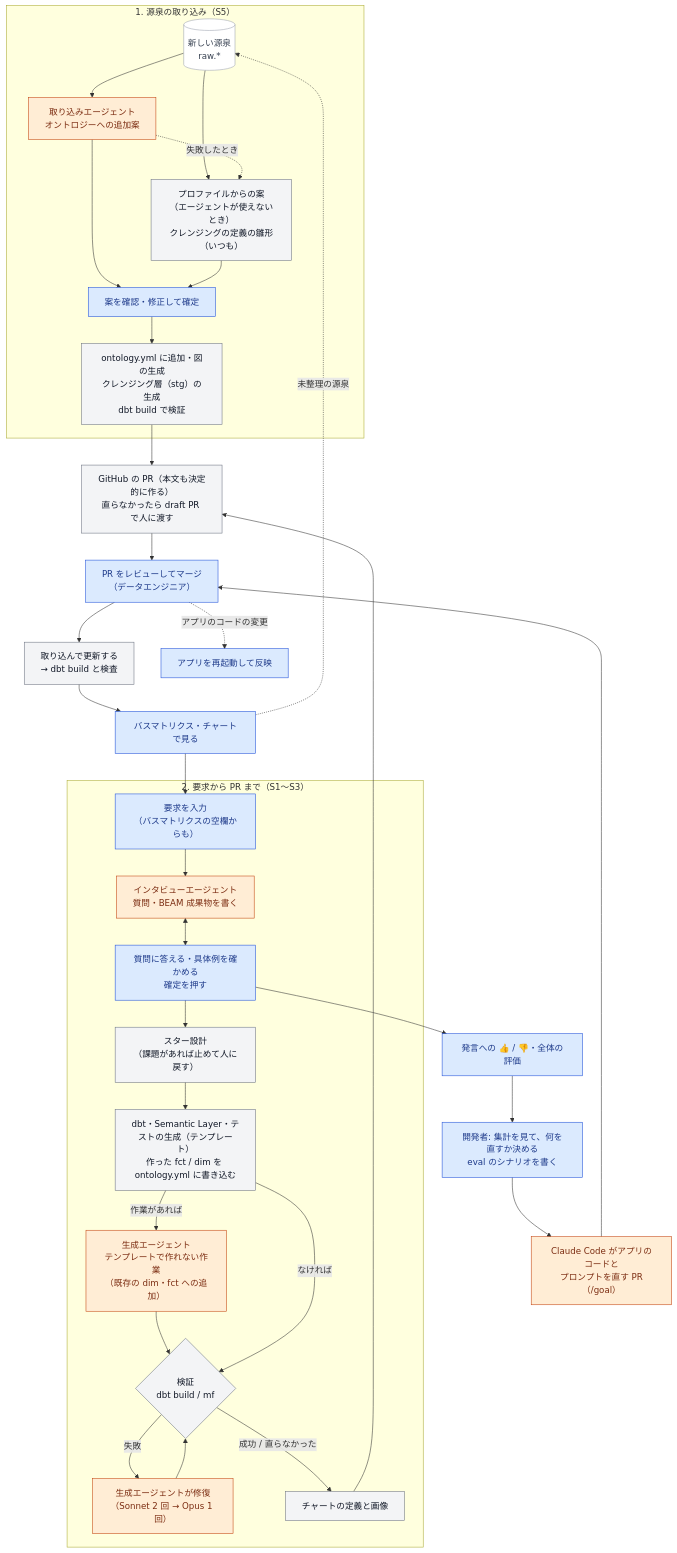
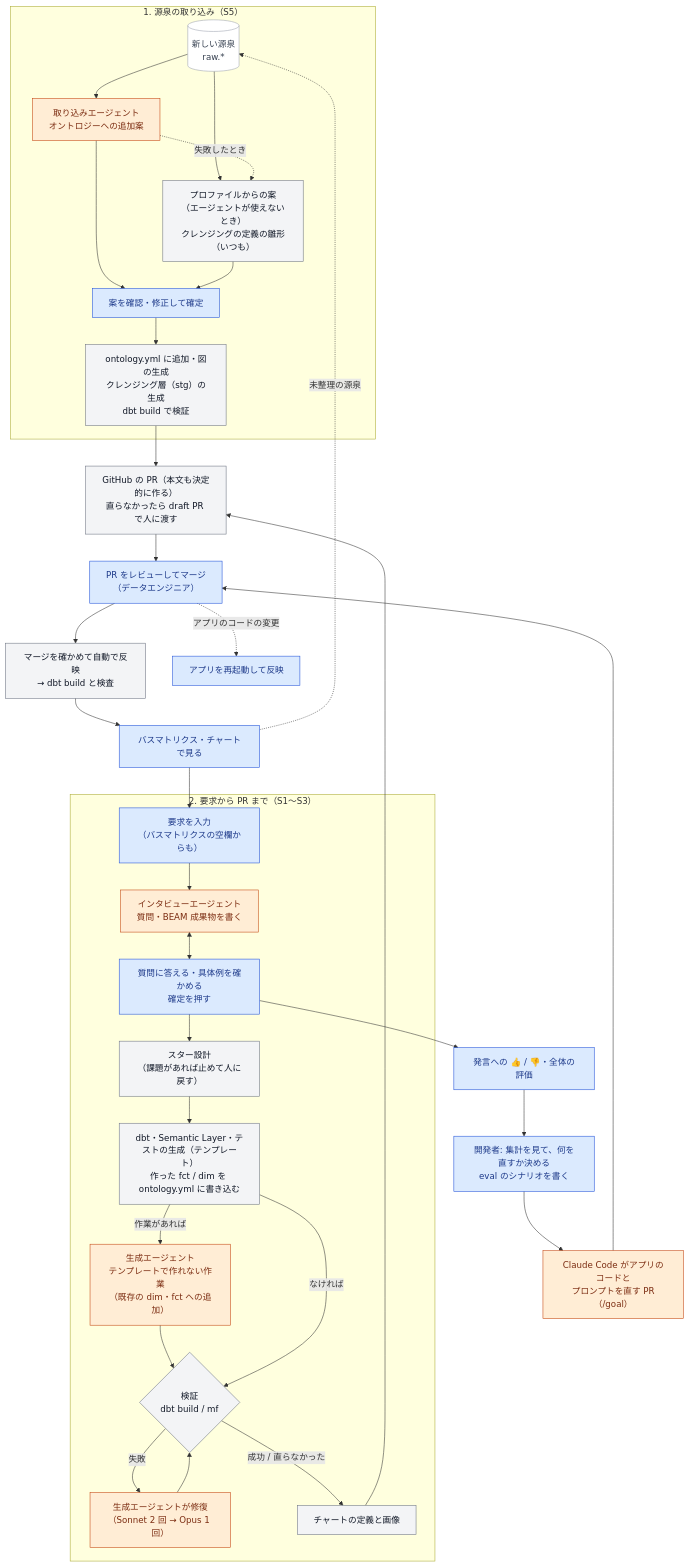
One commit to daikono313/agentic-data-platform changed the first of 2 diagrams in docs/design-doc.md. Above: the diagram before and after it, drawn with Mermaid. The commit also changed other lines of this file and 10 other files, not shown here.

````diff
--- a/docs/design-doc.md
+++ b/docs/design-doc.md
@@ -100,56 +100,56 @@
 ```mermaid
 flowchart TB
   classDef human fill:#dbeafe,stroke:#1d4ed8,color:#1e3a8a
   classDef ai fill:#ffedd5,stroke:#c2410c,color:#7c2d12
   classDef prog fill:#f3f4f6,stroke:#6b7280,color:#111827
   classDef store fill:#ffffff,stroke:#9ca3af,color:#374151
 
   subgraph ONB["1. 源泉の取り込み（S5）"]
     SRC[("新しい源泉<br/>raw.*")]:::store
     O_AI["取り込みエージェント<br/>オントロジーへの追加案"]:::ai
     O_RULE["プロファイルからの案<br/>（エージェントが使えないとき）<br/>クレンジングの定義の雛形（いつも）"]:::prog
     O_H["案を確認・修正して確定"]:::human
     O_GEN["ontology.yml に追加・図の生成<br/>クレンジング層（stg）の生成<br/>dbt build で検証"]:::prog
     SRC --> O_AI
     SRC --> O_RULE
     O_AI -. 失敗したとき .-> O_RULE
     O_AI --> O_H
     O_RULE --> O_H
     O_H --> O_GEN
   end
 
   subgraph REQ["2. 要求から PR まで（S1〜S3）"]
     R_H["要求を入力<br/>（バスマトリクスの空欄からも）"]:::human
     I_AI["インタビューエージェント<br/>質問・BEAM 成果物を書く"]:::ai
     I_H["質問に答える・具体例を確かめる<br/>確定を押す"]:::human
     DES["スター設計<br/>（課題があれば止めて人に戻す）"]:::prog
     GEN["dbt・Semantic Layer・テストの生成（テンプレート）<br/>作った fct / dim を ontology.yml に書き込む"]:::prog
     TASK["生成エージェント<br/>テンプレートで作れない作業<br/>（既存の dim・fct への追加）"]:::ai
     VER{"検証<br/>dbt build / mf"}:::prog
     REP["生成エージェントが修復<br/>（Sonnet 2 回 → Opus 1 回）"]:::ai
     CH["チャートの定義と画像"]:::prog
     R_H --> I_AI <--> I_H
     I_H --> DES --> GEN
     GEN -- 作業があれば --> TASK --> VER
     GEN -- なければ --> VER
     VER -- 失敗 --> REP --> VER
     VER -- 成功 / 直らなかった --> CH
   end
 
   PR["GitHub の PR（本文も決定的に作る）<br/>直らなかったら draft PR で人に渡す"]:::prog
   MERGE["PR をレビューしてマージ<br/>（データエンジニア）"]:::human
-  SYNC["取り込んで更新する<br/>→ dbt build と検査"]:::prog
+  SYNC["マージを確かめて自動で反映<br/>→ dbt build と検査"]:::prog
   VIEW["バスマトリクス・チャートで見る"]:::human
   FB["発言への 👍 / 👎・全体の評価"]:::human
   DEV["開発者: 集計を見て、何を直すか決める<br/>eval のシナリオを書く"]:::human
   CODE["Claude Code がアプリのコードと<br/>プロンプトを直す PR（/goal）"]:::ai
   REL["アプリを再起動して反映"]:::human
 
   O_GEN --> PR
   CH --> PR
   PR --> MERGE --> SYNC --> VIEW
   VIEW --> R_H
   VIEW -. 未整理の源泉 .-> SRC
   I_H --> FB --> DEV --> CODE --> MERGE
   MERGE -. アプリのコードの変更 .-> REL
 ```
````
